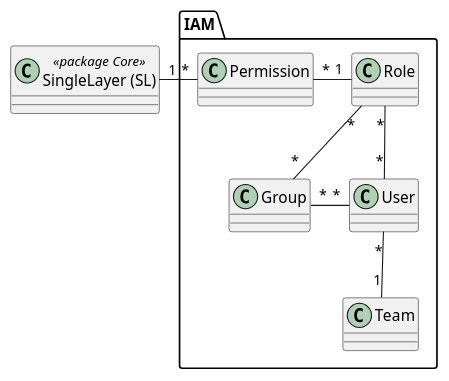
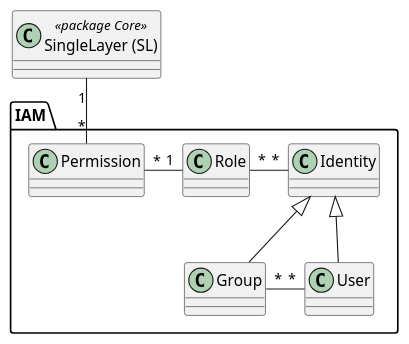
The diagram in simi/doc/puml/src/simi_iam.puml (sogis/simi), drawn with PlantUML before and after one commit. The commit also changed 3 other files, not shown here.

```diff
--- a/simi/doc/puml/src/simi_iam.puml
+++ b/simi/doc/puml/src/simi_iam.puml
@@ -1,20 +1,19 @@
 @startuml
 package IAM {
+class "Identity" as ident
 class "Group" as grp
 class "User" as usr
-class "Team" as team
 class "Role" as role
 class "Permission" as perm
+
+ident <|-- grp
+ident <|-- usr
+
+perm "*" -right- "1" role
+role "*" -right- "*" ident
+grp "*" -right- "*" usr
 }
 
 class "SingleLayer (SL)" as sl << package Core >>
-
-sl "1" -right- "*" perm
-perm "*" -right- "1" role
-
-role "*" -- "*" grp
-role "*" -- "*" usr
-grp "*" -right- "*" usr
-
-usr "*" -- "1" team
+sl "1" -- "*" perm
 @enduml
```
